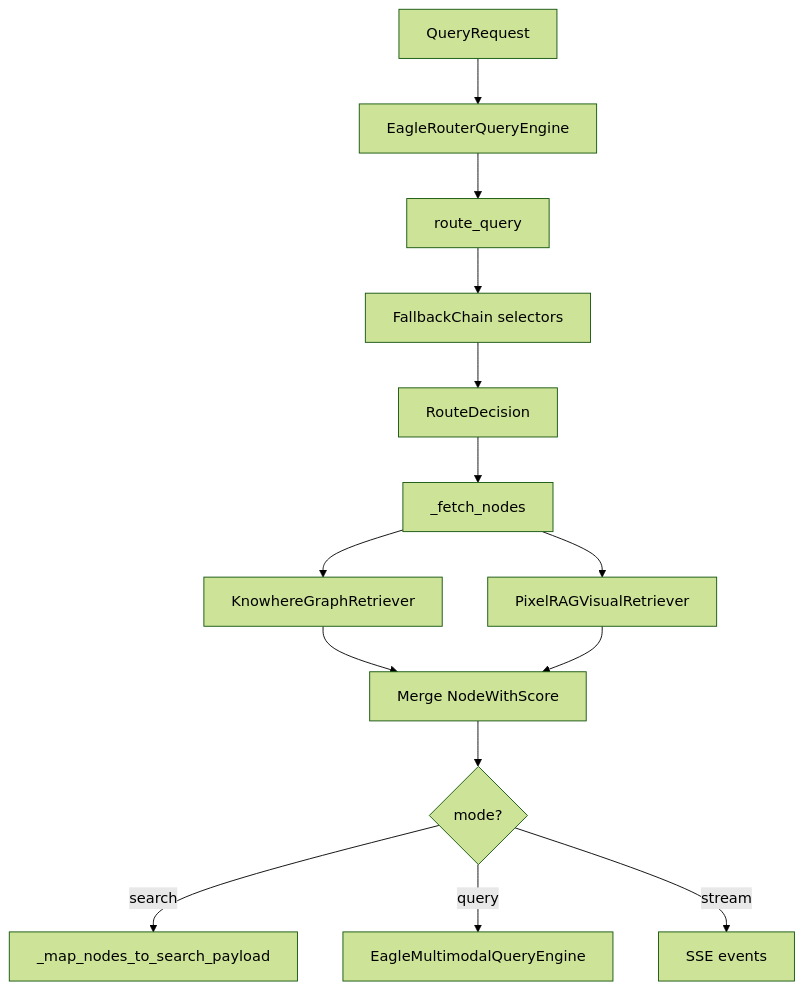
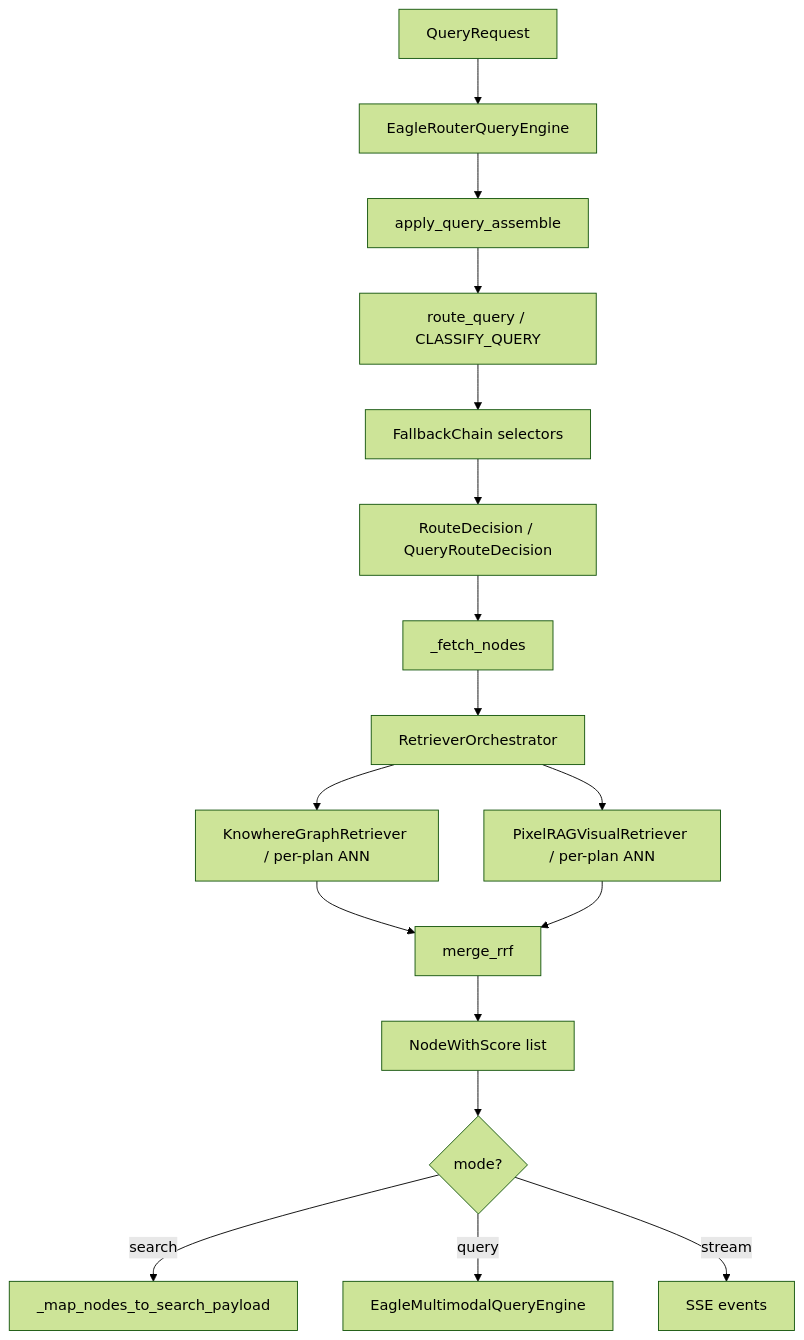
The diagram in docs/en/backend/router-engine.md (zhiweio/EagleRAG), drawn with Mermaid (forest theme) before and after one commit. The commit also changed other lines of this file and 249 other files, not shown here.

````diff
--- a/docs/en/backend/router-engine.md
+++ b/docs/en/backend/router-engine.md
@@ -33,16 +35,19 @@
 ```mermaid
 flowchart TD
     QR[QueryRequest] --> ERQE[EagleRouterQueryEngine]
-    ERQE --> RQ[route_query]
+    ERQE --> QA[apply_query_assemble]
+    QA --> RQ[route_query / CLASSIFY_QUERY]
     RQ --> FC[FallbackChain selectors]
-    FC --> RD[RouteDecision]
+    FC --> RD[RouteDecision / QueryRouteDecision]
     RD --> FN[_fetch_nodes]
-    FN --> T[KnowhereGraphRetriever]
-    FN --> V[PixelRAGVisualRetriever]
-    T --> MERGE[Merge NodeWithScore]
-    V --> MERGE
+    FN --> RO[RetrieverOrchestrator]
+    RO --> T[KnowhereGraphRetriever / per-plan ANN]
+    RO --> V[PixelRAGVisualRetriever / per-plan ANN]
+    T --> RRF[merge_rrf]
+    V --> RRF
+    RRF --> MERGE[NodeWithScore list]
     MERGE --> MODE{mode?}
     MODE -->|search| MAP[_map_nodes_to_search_payload]
     MODE -->|query| GEN[EagleMultimodalQueryEngine]
     MODE -->|stream| SSE[SSE events]
 ```
````
